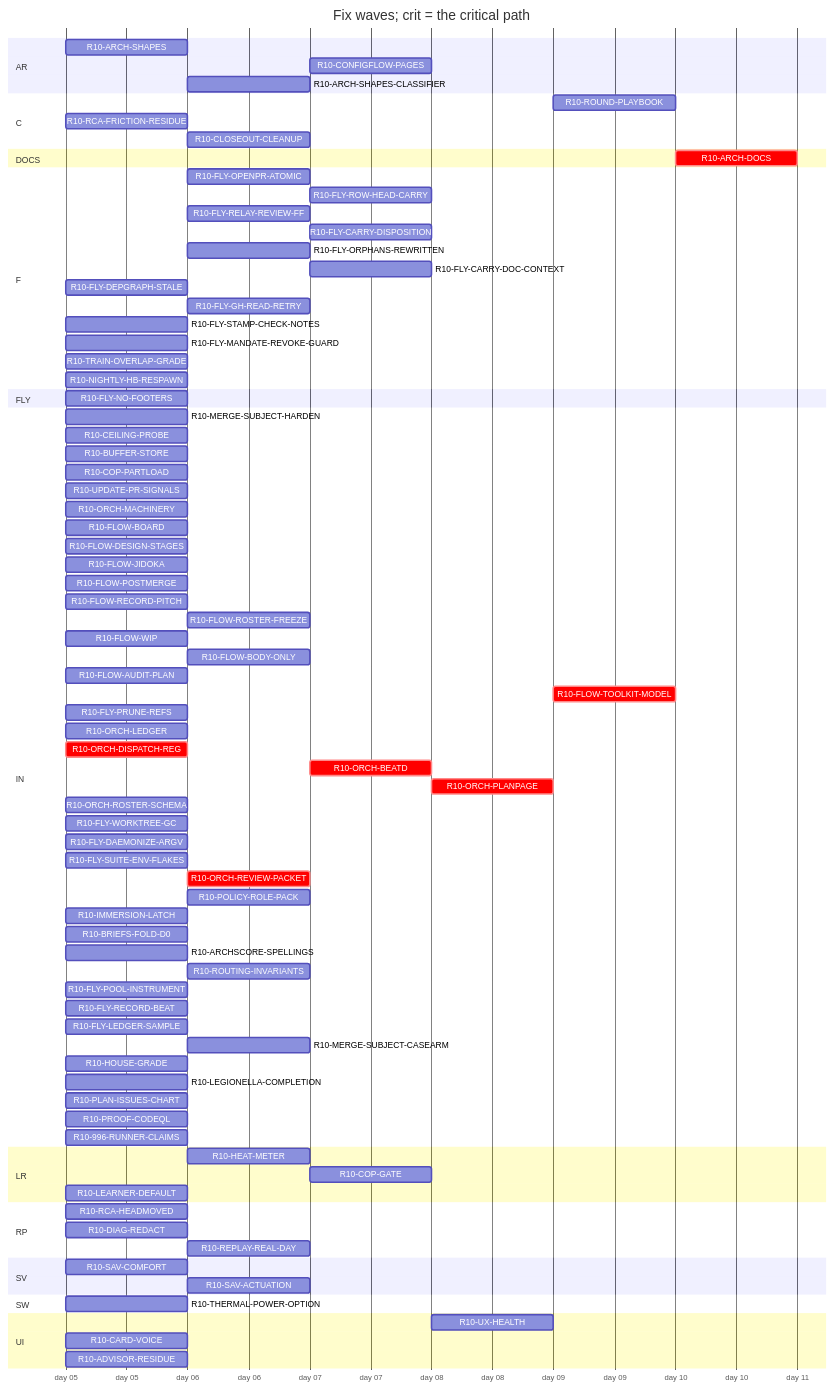
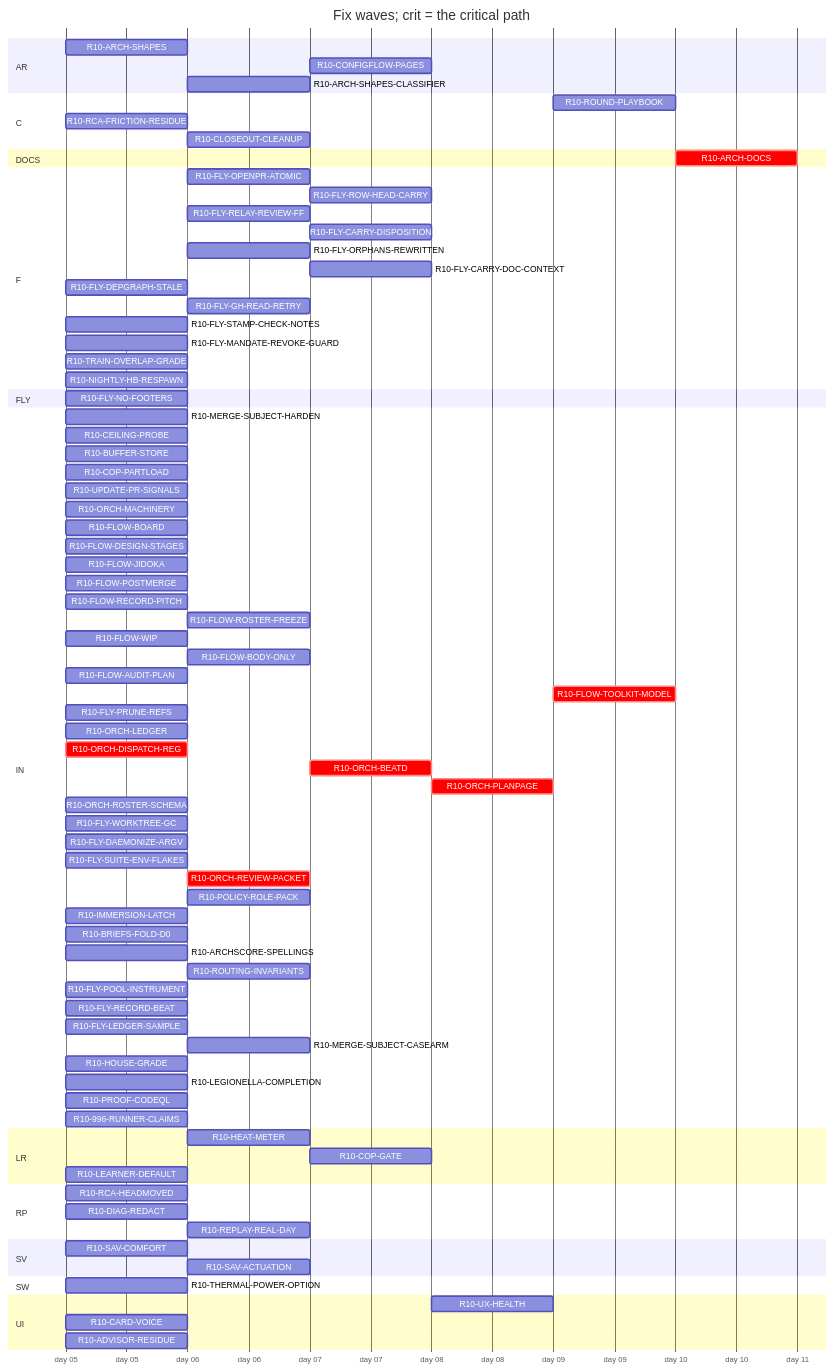
The diagram in handoff/round10/state/PLAN-TABLE.md (tvofi/heatpump_optimizer), drawn with Mermaid before and after one commit. The commit also changed other lines of this file and 2 other files, not shown here.

Commit message:
state: NEXT-SESSION-PROMPT.md, PLAN-TABLE.md, RESUME-CURRENT.md regenerated (state_docs.py)

```diff
--- a/handoff/round10/state/PLAN-TABLE.md
+++ b/handoff/round10/state/PLAN-TABLE.md
@@ -35,7 +35,7 @@
     R10-RCA-FRICTION-RESIDUE :r10RCAFRICTIONRESIDUE, 2026-01-05, 1d
     R10-CLOSEOUT-CLEANUP :r10CLOSEOUTCLEANUP, after r10FLYPRUNEREFS r10FLYWORKTREEGC, 1d
   section DOCS
-    R10-ARCH-DOCS :crit, r10ARCHDOCS, after r10ARCHSHAPES r10HEATMETER r10COPGATE r10UXHEALTH r10CONFIGFLOWPAGES r10RCAHEADMOVED r10SAVCOMFORT r10MERGESUBJECTHARDEN r10CEILINGPROBE r10BUFFERSTORE r10COPPARTLOAD r10UPDATEPRSIGNALS r10CARDVOICE r10THERMALPOWEROPTION r10LEARNERDEFAULT r10FLOWBOARD r10FLOWDESIGNSTAGES r10FLOWJIDOKA r10FLOWPOSTMERGE r10FLOWRECORDPITCH r10FLOWROSTERFREEZE r10FLOWWIP r10FLOWBODYONLY r10FLYOPENPRATOMIC r10FLYROWHEADCARRY r10FLOWAUDITPLAN r10FLYRELAYREVIEWFF r10FLYCARRYDISPOSITION r10FLYORPHANSREWRITTEN r10FLYCARRYDOCCONTEXT r10FLYDEPGRAPHSTALE r10FLOWTOOLKITMODEL r10FLYSTAMPCHECKNOTES r10FLYMANDATEREVOKEGUARD r10RCAFRICTIONRESIDUE r10TRAINOVERLAPGRADE r10NIGHTLYHBRESPAWN r10FLYPRUNEREFS r10ORCHLEDGER r10ORCHDISPATCHREG r10ORCHBEATD r10ORCHPLANPAGE r10ORCHROSTERSCHEMA r10FLYWORKTREEGC r10FLYDAEMONIZEARGV r10ORCHREVIEWPACKET r10POLICYROLEPACK r10IMMERSIONLATCH r10DIAGREDACT r10ADVISORRESIDUE r10BRIEFSFOLDD0 r10REPLAYREALDAY r10ARCHSCORESPELLINGS r10SAVACTUATION r10FLYLEDGERSAMPLE r10LEGIONELLACOMPLETION r10PLANISSUESCHART, 1d
+    R10-ARCH-DOCS :crit, r10ARCHDOCS, after r10ARCHSHAPES r10HEATMETER r10COPGATE r10UXHEALTH r10CONFIGFLOWPAGES r10RCAHEADMOVED r10SAVCOMFORT r10MERGESUBJECTHARDEN r10CEILINGPROBE r10BUFFERSTORE r10COPPARTLOAD r10UPDATEPRSIGNALS r10CARDVOICE r10THERMALPOWEROPTION r10LEARNERDEFAULT r10FLOWBOARD r10FLOWDESIGNSTAGES r10FLOWJIDOKA r10FLOWPOSTMERGE r10FLOWRECORDPITCH r10FLOWROSTERFREEZE r10FLOWWIP r10FLOWBODYONLY r10FLYOPENPRATOMIC r10FLYROWHEADCARRY r10FLOWAUDITPLAN r10FLYRELAYREVIEWFF r10FLYCARRYDISPOSITION r10FLYORPHANSREWRITTEN r10FLYCARRYDOCCONTEXT r10FLYDEPGRAPHSTALE r10FLOWTOOLKITMODEL r10FLYSTAMPCHECKNOTES r10FLYMANDATEREVOKEGUARD r10RCAFRICTIONRESIDUE r10TRAINOVERLAPGRADE r10NIGHTLYHBRESPAWN r10FLYPRUNEREFS r10ORCHLEDGER r10ORCHDISPATCHREG r10ORCHBEATD r10ORCHPLANPAGE r10ORCHROSTERSCHEMA r10FLYWORKTREEGC r10FLYDAEMONIZEARGV r10ORCHREVIEWPACKET r10POLICYROLEPACK r10IMMERSIONLATCH r10DIAGREDACT r10ADVISORRESIDUE r10BRIEFSFOLDD0 r10REPLAYREALDAY r10ARCHSCORESPELLINGS r10SAVACTUATION r10FLYLEDGERSAMPLE r10LEGIONELLACOMPLETION, 1d
   section F
     R10-FLY-OPENPR-ATOMIC :r10FLYOPENPRATOMIC, after r10UPDATEPRSIGNALS, 1d
     R10-FLY-ROW-HEAD-CARRY :r10FLYROWHEADCARRY, after r10FLYOPENPRATOMIC, 1d
@@ -89,7 +89,6 @@
     R10-MERGE-SUBJECT-CASEARM :r10MERGESUBJECTCASEARM, after r10MERGESUBJECTHARDEN, 1d
     R10-HOUSE-GRADE :r10HOUSEGRADE, 2026-01-05, 1d
     R10-LEGIONELLA-COMPLETION :r10LEGIONELLACOMPLETION, 2026-01-05, 1d
-    R10-PLAN-ISSUES-CHART :r10PLANISSUESCHART, 2026-01-05, 1d
     R10-PROOF-CODEQL :r10PROOFCODEQL, 2026-01-05, 1d
     R10-996-RUNNER-CLAIMS :r10996RUNNERCLAIMS, 2026-01-05, 1d
   section LR
```
